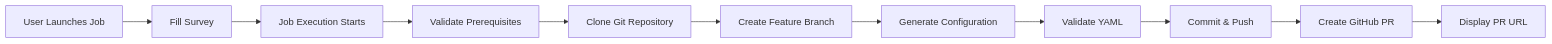
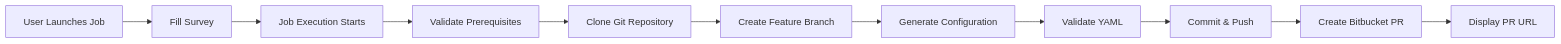
The diagram in redis/README.md (hammer-redhat/lightspeed-generated-playbooks), drawn with Mermaid before and after one commit. The commit also changed other lines of this file and 1 other file, not shown here.

````diff
--- a/redis/README.md
+++ b/redis/README.md
@@ -99,13 +193,13 @@
 ```mermaid
 graph LR
     A[User Launches Job] --> B[Fill Survey]
     B --> C[Job Execution Starts]
     C --> D[Validate Prerequisites]
     D --> E[Clone Git Repository]
     E --> F[Create Feature Branch]
     F --> G[Generate Configuration]
     G --> H[Validate YAML]
     H --> I[Commit & Push]
-    I --> J[Create GitHub PR]
+    I --> J[Create Bitbucket PR]
     J --> K[Display PR URL]
 ```
````
